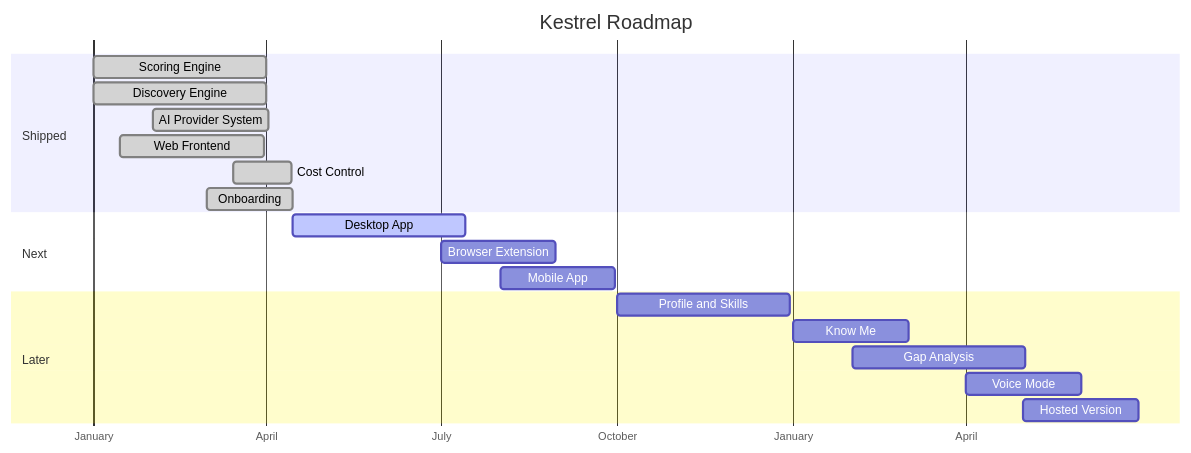
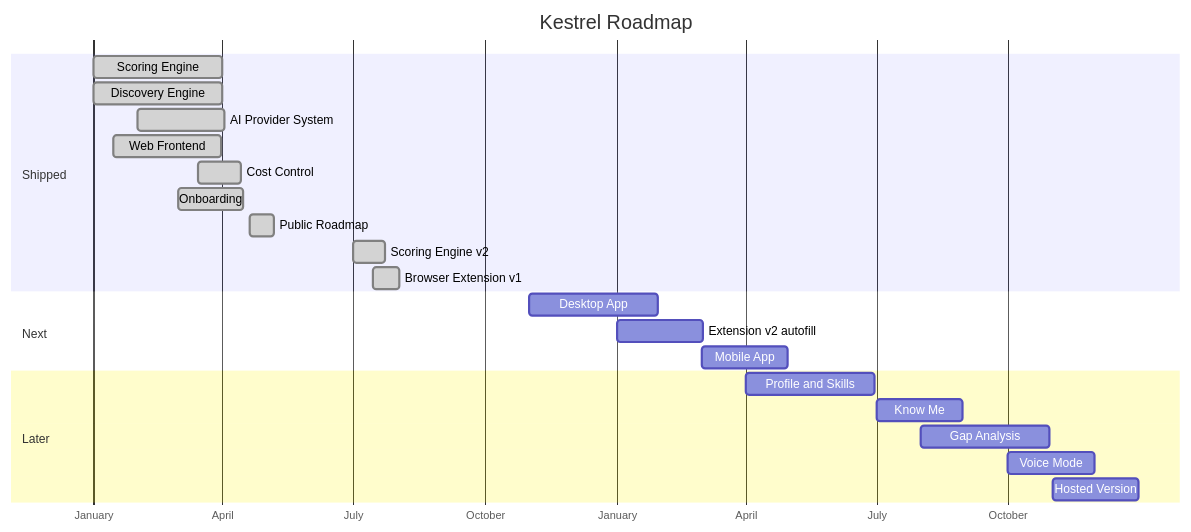
Before and after one commit to pleasedodisturb/kestrel: the first of 2 diagrams in ROADMAP.md, drawn with Mermaid. The commit also changed other lines of this file and 6 other files, not shown here.

First line of the commit message:
docs(G-1843): truth pass over COMPARISON, README, ROADMAP, PROJECT and tools docs (#547)

````diff
--- a/ROADMAP.md
+++ b/ROADMAP.md
@@ -201,27 +209,30 @@
 ```mermaid
 gantt
     title Kestrel Roadmap
     dateFormat YYYY-MM-DD
     axisFormat %B
     todayMarker off
 
     section Shipped
     Scoring Engine           :done, score, 2026-01-01, 90d
     Discovery Engine         :done, disc,  2026-01-01, 90d
     AI Provider System       :done, ai,    2026-02-01, 60d
     Web Frontend             :done, web,   2026-01-15, 75d
     Cost Control             :done, cost,  2026-03-15, 30d
     Onboarding               :done, onb,   2026-03-01, 45d
+    Public Roadmap           :done, pub,   2026-04-20, 17d
+    Scoring Engine v2        :done, score2, 2026-07-01, 22d
+    Browser Extension v1     :done, bext,  2026-07-15, 18d
 
     section Next
-    Desktop App              :active, desk, 2026-04-15, 90d
-    Browser Extension        :bext, 2026-07-01, 60d
-    Mobile App               :mob,  2026-08-01, 60d
+    Desktop App              :desk, 2026-11-01, 90d
+    Extension v2 autofill    :bext2, 2027-01-01, 60d
+    Mobile App               :mob,  2027-03-01, 60d
 
     section Later
-    Profile and Skills       :prof, 2026-10-01, 90d
-    Know Me                  :know, 2027-01-01, 60d
-    Gap Analysis             :gap,  2027-02-01, 90d
-    Voice Mode               :voice, 2027-04-01, 60d
-    Hosted Version           :hosted, 2027-05-01, 60d
+    Profile and Skills       :prof, 2027-04-01, 90d
+    Know Me                  :know, 2027-07-01, 60d
+    Gap Analysis             :gap,  2027-08-01, 90d
+    Voice Mode               :voice, 2027-10-01, 60d
+    Hosted Version           :hosted, 2027-11-01, 60d
 ```
````
